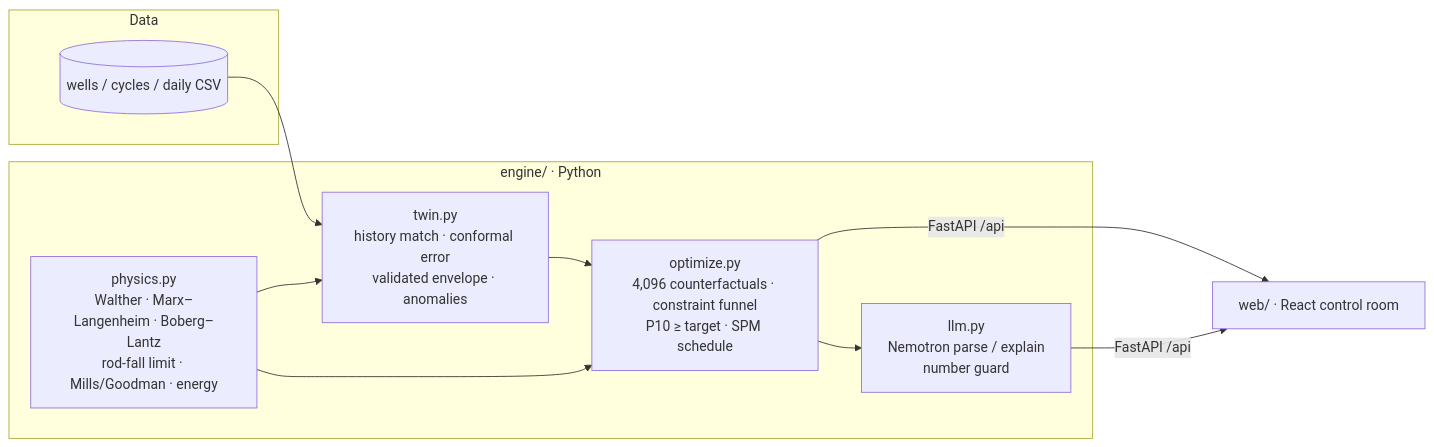
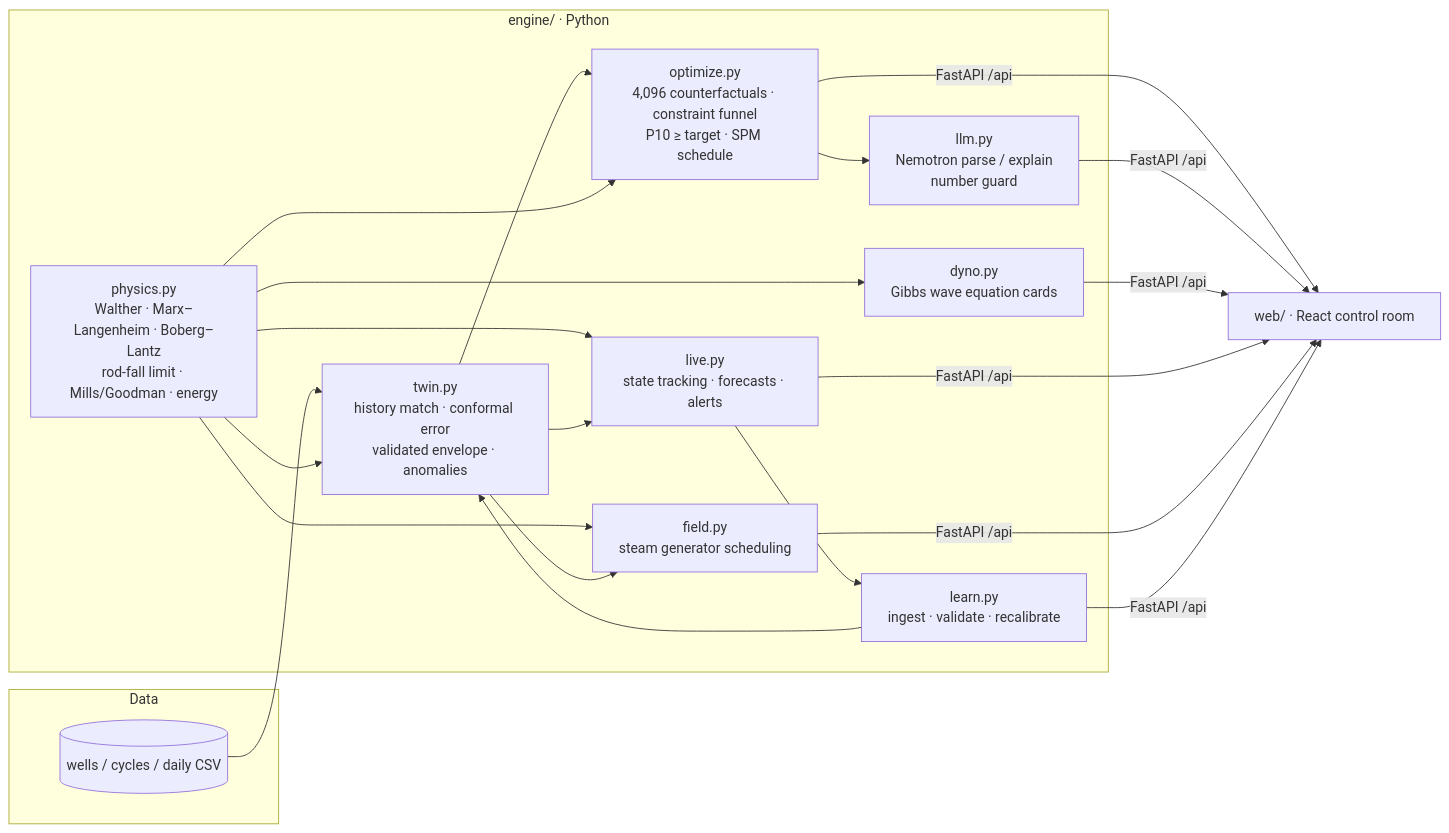
Before and after one commit to Harsha-code-per/SIH-2026-2: the diagram in README.md, drawn with Mermaid. The commit also changed other lines of this file and 7 other files, not shown here.

Commit message:
docs: operate modules in README, architecture, video script, PPT outline and skills

````diff
--- a/README.md
+++ b/README.md
@@ -93,19 +110,27 @@
 ```mermaid
 flowchart LR
   subgraph Data
     H[(wells / cycles / daily CSV)]
   end
   subgraph Engine [engine/ · Python]
     P[physics.py<br/>Walther · Marx–Langenheim · Boberg–Lantz<br/>rod-fall limit · Mills/Goodman · energy]
     T[twin.py<br/>history match · conformal error<br/>validated envelope · anomalies]
     O[optimize.py<br/>4,096 counterfactuals · constraint funnel<br/>P10 ≥ target · SPM schedule]
     L[llm.py<br/>Nemotron parse / explain<br/>number guard]
+    D[dyno.py<br/>Gibbs wave equation cards]
+    V[live.py<br/>state tracking · forecasts · alerts]
+    F[field.py<br/>steam generator scheduling]
+    R[learn.py<br/>ingest · validate · recalibrate]
   end
   UI[web/ · React control room]
   H --> T --> O
   P --> T
   P --> O
   O --> L
   O -- FastAPI /api --> UI
   L -- FastAPI /api --> UI
+  P --> D & V & F
+  T --> V & F
+  V --> R --> T
+  D & V & F & R -- FastAPI /api --> UI
 ```
````
